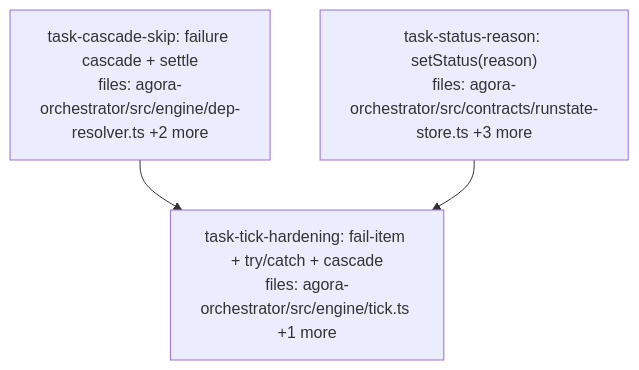
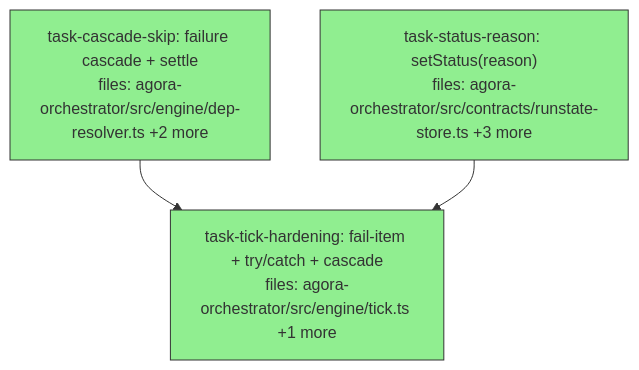
One commit to QuarrySystems/pangolin changed the diagram in docs/superpowers/plans/2026-05-30-orchestrator-hardening-dag.md. Above: the diagram before and after it, drawn with Mermaid. The commit also changed other lines of this file, not shown here.

Commit message:
docs(orchestrator): mark hardening-wave complete (3/3)
Fixes the robustness gaps the adversarial pressure-test surfaced:
- failure cascade: failed/skipped deps cascade pending dependents to
  skipped (no more zombie subtrees); isSettled detects run completion
- fire safety: try/catch around ex.fire releases locks + fails the item
  (no lock leak / self-deadlock)
- unregistered executor fails the item with a reason instead of throwing
  out of the tick (no queue DoS), in both reconcile and fire paths
- setStatus carries an optional, persisted reason for diagnosability
Workspace green (typecheck/test); agora-orchestrator 104 tests.

````diff
--- a/docs/superpowers/plans/2026-05-30-orchestrator-hardening-dag.md
+++ b/docs/superpowers/plans/2026-05-30-orchestrator-hardening-dag.md
@@ -6,15 +6,15 @@
 ```mermaid
 flowchart TD
-    task-cascade-skip["task-cascade-skip: failure cascade + settle<br/>files: agora-orchestrator/src/engine/dep-resolver.ts +2 more"]
-    task-status-reason["task-status-reason: setStatus(reason)<br/>files: agora-orchestrator/src/contracts/runstate-store.ts +3 more"]
-    task-tick-hardening["task-tick-hardening: fail-item + try/catch + cascade<br/>files: agora-orchestrator/src/engine/tick.ts +1 more"]
+    task-cascade-skip["task-cascade-skip: failure cascade + settle<br/>files: agora-orchestrator/src/engine/dep-resolver.ts +2 more"]:::done
+    task-status-reason["task-status-reason: setStatus(reason)<br/>files: agora-orchestrator/src/contracts/runstate-store.ts +3 more"]:::done
+    task-tick-hardening["task-tick-hardening: fail-item + try/catch + cascade<br/>files: agora-orchestrator/src/engine/tick.ts +1 more"]:::done
 
     task-cascade-skip --> task-tick-hardening
     task-status-reason --> task-tick-hardening
 
     classDef done fill:#90ee90,stroke:#333
     classDef ready fill:#fffacd,stroke:#333
     classDef running fill:#87ceeb,stroke:#333
     classDef failed fill:#ffb6c1,stroke:#333
     classDef skipped fill:#d3d3d3,stroke:#333,stroke-dasharray: 5 5
 ```
````
